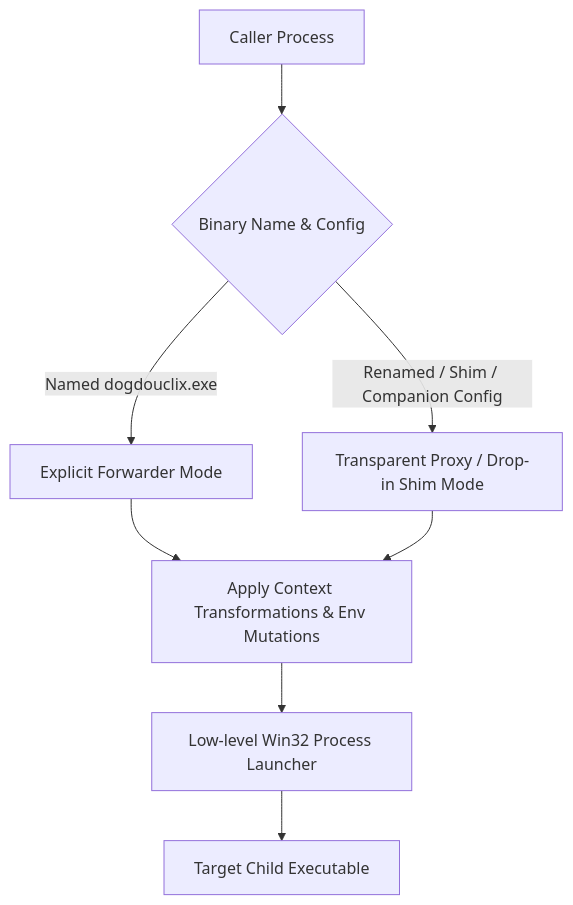
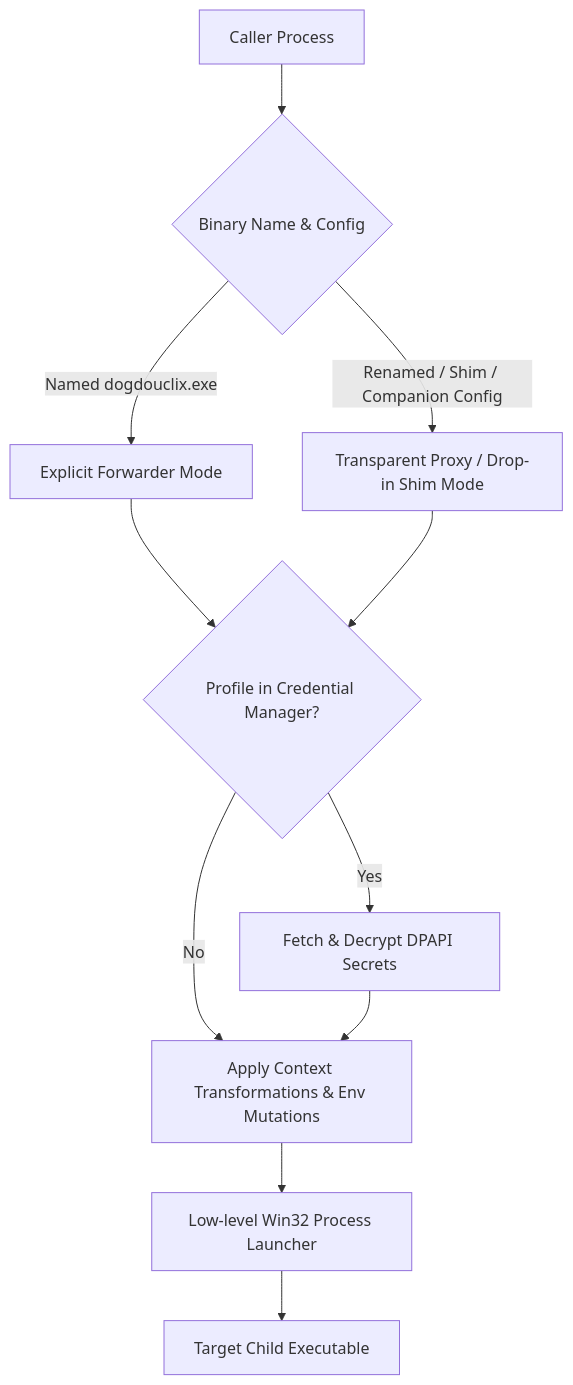
One commit to XueYeHuLabs/dogdouclix changed the diagram in documents/USAGE_GUIDE.md. Above: the diagram before and after it, drawn with Mermaid. The commit also changed other lines of this file, not shown here.

First line of the commit message:
Update user guide with Windows Credential Manager profile documentation

````diff
--- a/documents/USAGE_GUIDE.md
+++ b/documents/USAGE_GUIDE.md
@@ -13,10 +13,13 @@
 ```mermaid
 graph TD
   Caller[Caller Process] --> Entry{Binary Name & Config}
   Entry -->|Named dogdouclix.exe| Explicit[Explicit Forwarder Mode]
   Entry -->|Renamed / Shim / Companion Config| Transparent[Transparent Proxy / Drop-in Shim Mode]
-  Explicit --> Context[Apply Context Transformations & Env Mutations]
-  Transparent --> Context
+  Explicit --> ResolveProf{Profile in Credential Manager?}
+  Transparent --> ResolveProf
+  ResolveProf -->|Yes| LoadVault[Fetch & Decrypt DPAPI Secrets]
+  ResolveProf -->|No| Context[Apply Context Transformations & Env Mutations]
+  LoadVault --> Context
   Context --> Launcher[Low-level Win32 Process Launcher]
   Launcher --> Target[Target Child Executable]
 ```
````
